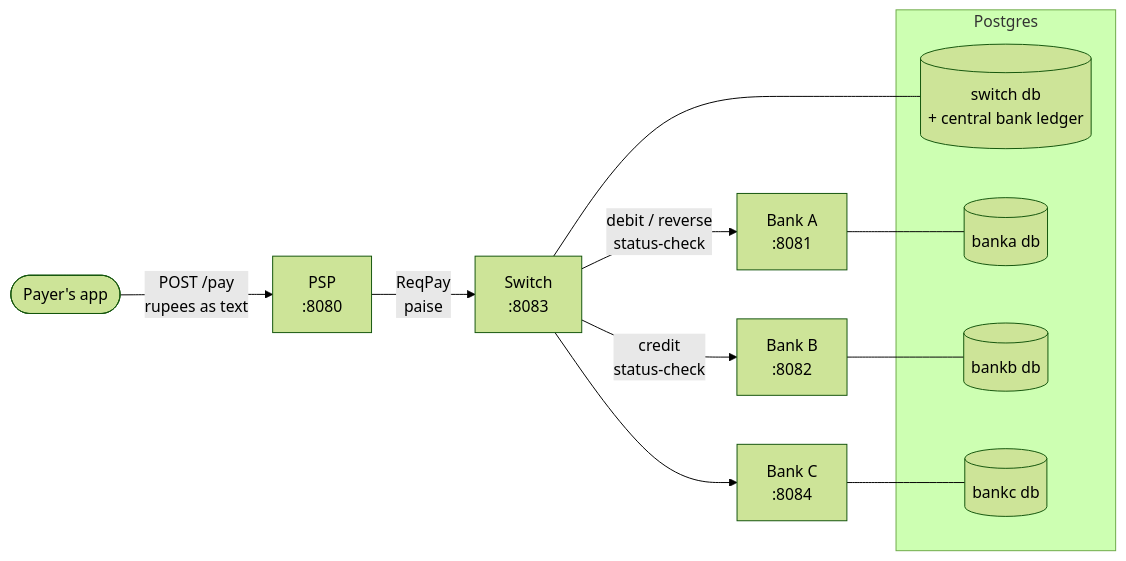
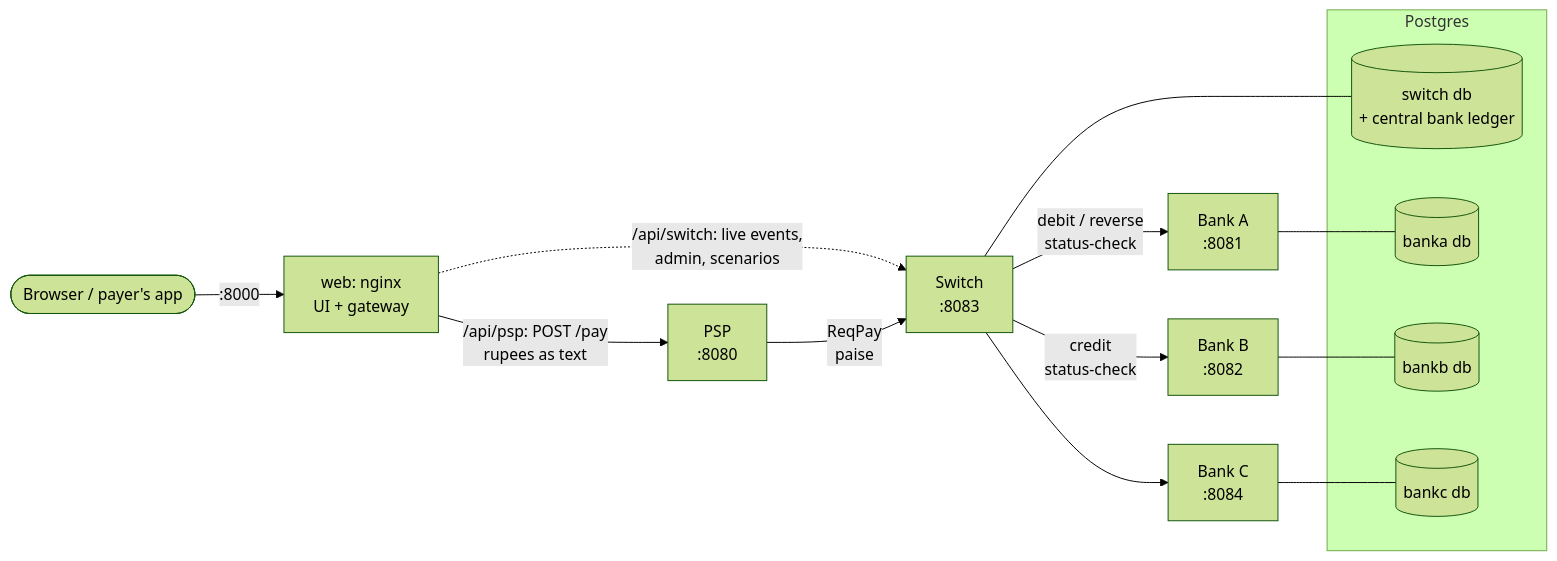
The first of 2 diagrams in README.md (sanjeevveerapandian/payswitch), drawn with Mermaid (forest theme) before and after one commit. The commit also changed other lines of this file and 41 other files, not shown here.

Commit message:
Phase 12: demo UI with live transaction monitor and scenarios

````diff
--- a/README.md
+++ b/README.md
@@ -13,18 +13,20 @@
 ```mermaid
 flowchart LR
-    U([Payer's app]) -->|POST /pay<br/>rupees as text| PSP[PSP<br/>:8080]
+    U([Browser / payer's app]) -->|:8000| WEB[web: nginx<br/>UI + gateway]
+    WEB -->|/api/psp: POST /pay<br/>rupees as text| PSP[PSP<br/>:8080]
+    WEB -.->|/api/switch: live events,<br/>admin, scenarios| SW
     PSP -->|ReqPay<br/>paise| SW[Switch<br/>:8083]
     SW -->|debit / reverse<br/>status-check| A[Bank A<br/>:8081]
     SW -->|credit<br/>status-check| B[Bank B<br/>:8082]
     SW --> C[Bank C<br/>:8084]
     SW --- DBS[(switch db<br/>+ central bank ledger)]
     A --- DBA[(banka db)]
     B --- DBB[(bankb db)]
     C --- DBC[(bankc db)]
     subgraph Postgres
         DBS
         DBA
         DBB
         DBC
     end
 ```
````
